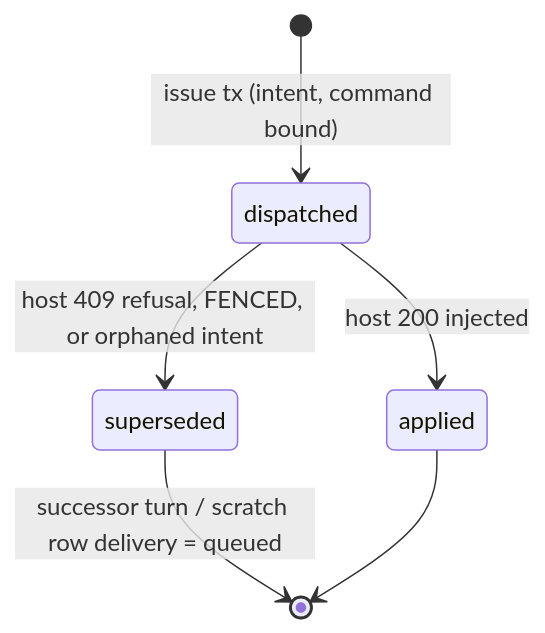
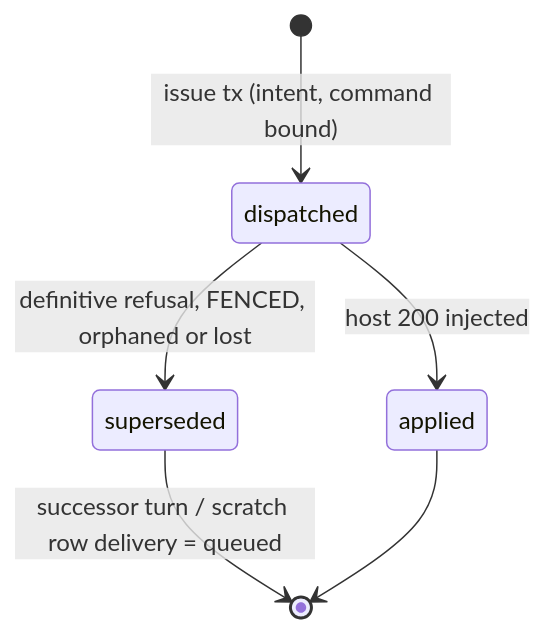
The fifth of 8 diagrams in docs/system-analytics/execution-prompt-lifecycle.md (maister-dev/maister), drawn with Mermaid before and after one commit. The commit also changed other lines of this file and 16 other files, not shown here.

````diff
--- a/docs/system-analytics/execution-prompt-lifecycle.md
+++ b/docs/system-analytics/execution-prompt-lifecycle.md
@@ -1469,8 +1472,8 @@
 ```mermaid
 stateDiagram-v2
   [*] --> dispatched: issue tx (intent, command bound)
   dispatched --> applied: host 200 injected
-  dispatched --> superseded: host 409 refusal, FENCED, or orphaned intent
+  dispatched --> superseded: definitive refusal, FENCED, orphaned or lost
   superseded --> [*]: successor turn / scratch row delivery = queued
   applied --> [*]
 ```
````
